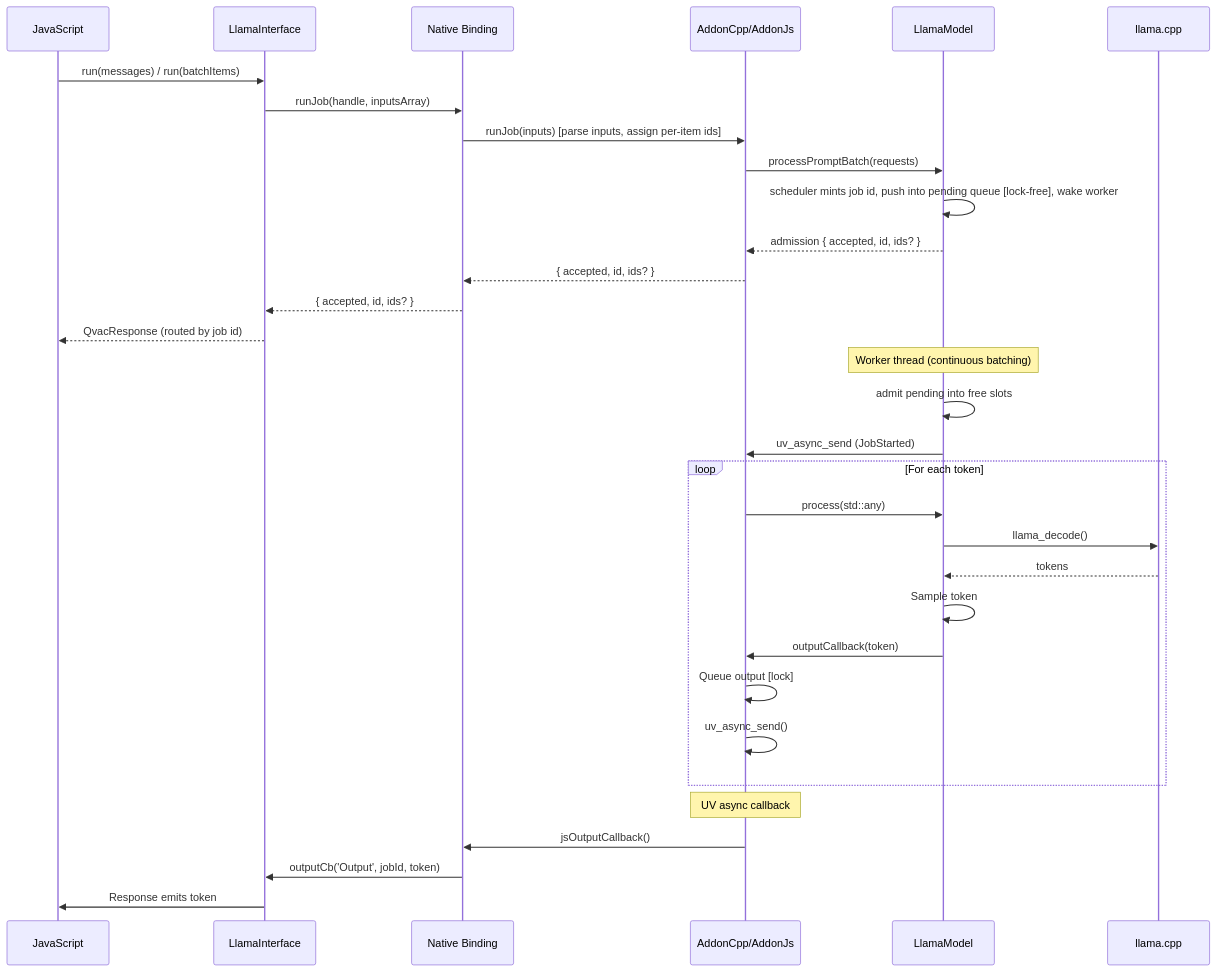
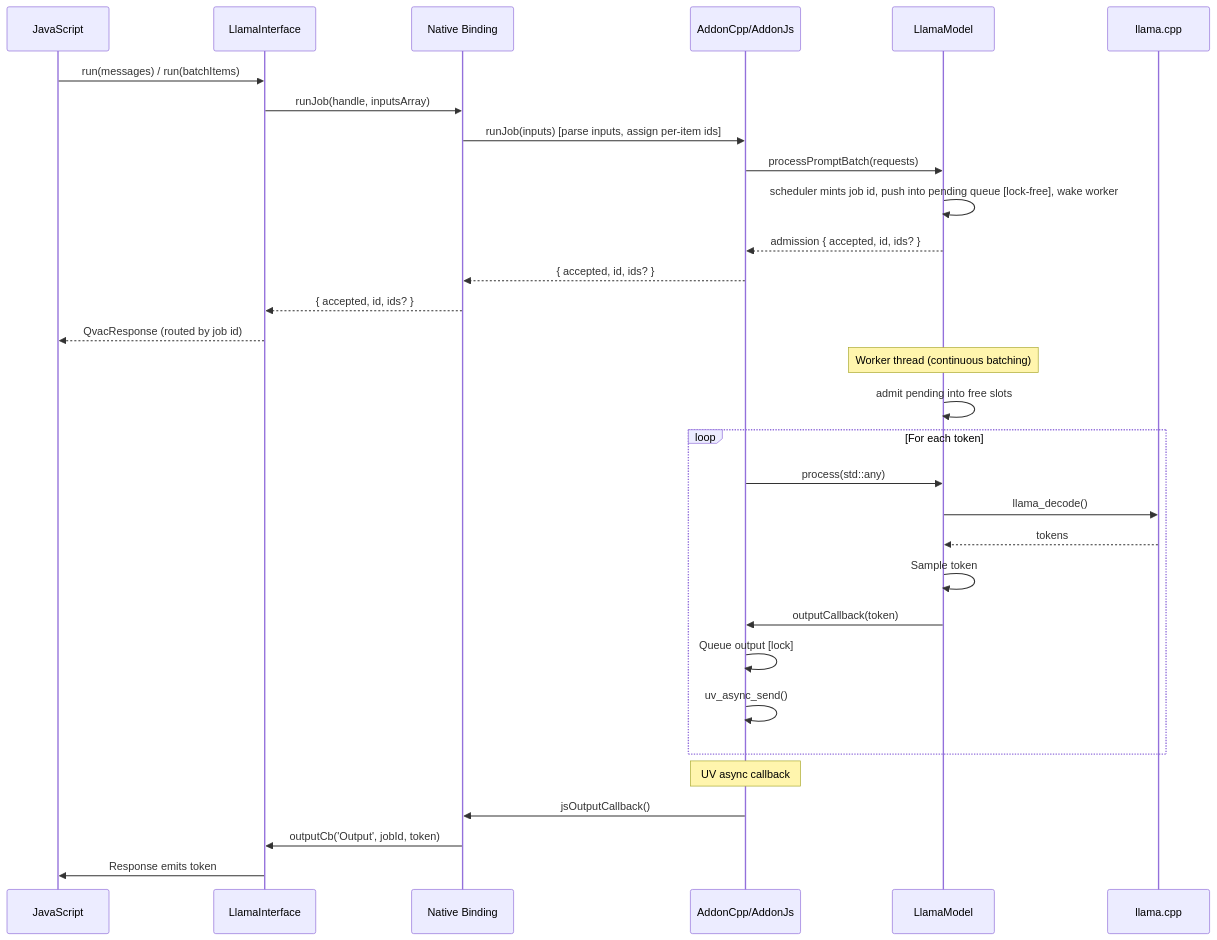
The fourth of 4 diagrams in packages/llm-llamacpp/docs/architecture.md (tetherto/qvac), drawn with Mermaid before and after one commit. The commit also changed 2 other files, not shown here.

Commit message:
doc: correct three stale claims in the batching docs
- The per-slot budget rule applies only when n_predict is positive.
  generationBudgetExceeded returns `nPredict > 0 && ...`, so predict: -1 is
  admitted and stops at the slot ceiling with sequenceLimit instead of
  throwing at admission. Qualified in both places that stated it.
- The driver-hook table had saveCache running after the KV clear;
  drainFinishedLocked calls saveCacheForSlot before clearSeqKv, and the
  reverse order would persist an empty sequence.
- Dropped the stale JobStarted event: neither the binding nor index.js emits
  or handles it. Removed from the data-flows TL;DR and its flowchart node, and
  from the architecture sequence diagram carrying the same claim.

````diff
--- a/packages/llm-llamacpp/docs/architecture.md
+++ b/packages/llm-llamacpp/docs/architecture.md
@@ -487,38 +487,37 @@
 ```mermaid
 sequenceDiagram
     participant JS as JavaScript
     participant IF as LlamaInterface
     participant Bind as Native Binding
     participant Addon as AddonCpp/AddonJs
     participant Model as LlamaModel
     participant Llama as llama.cpp
     
     JS->>IF: run(messages) / run(batchItems)
     IF->>Bind: runJob(handle, inputsArray)
     Bind->>Addon: runJob(inputs) [parse inputs, assign per-item ids]
     Addon->>Model: processPromptBatch(requests)
     Model->>Model: scheduler mints job id, push into pending queue [lock-free], wake worker
     Model-->>Addon: admission { accepted, id, ids? }
     Addon-->>Bind: { accepted, id, ids? }
     Bind-->>IF: { accepted, id, ids? }
     IF-->>JS: QvacResponse (routed by job id)
     
     Note over Model: Worker thread (continuous batching)
     Model->>Model: admit pending into free slots
-    Model->>Addon: uv_async_send (JobStarted)
     
     loop For each token
         Addon->>Model: process(std::any)
         Model->>Llama: llama_decode()
         Llama-->>Model: tokens
         Model->>Model: Sample token
         Model->>Addon: outputCallback(token)
         Addon->>Addon: Queue output [lock]
         Addon->>Addon: uv_async_send()
     end
     
     Note over Addon: UV async callback
     Addon->>Bind: jsOutputCallback()
     Bind->>IF: outputCb('Output', jobId, token)
     IF->>JS: Response emits token
 ```
````
